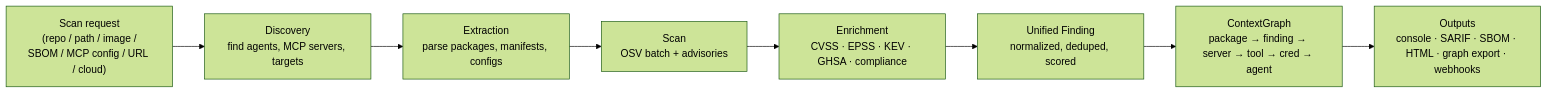
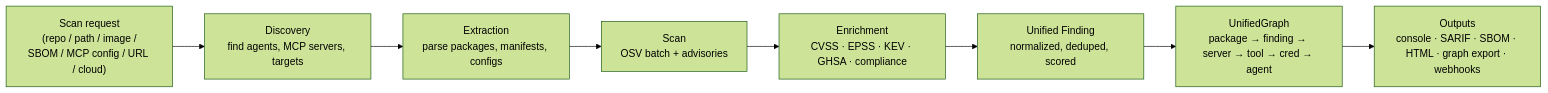
One commit to msaad00/agent-bom changed the third of 8 diagrams in docs/ARCHITECTURE.md. Above: the diagram before and after it, drawn with Mermaid (forest theme). The commit also changed other lines of this file and 37 other files, not shown here.

````diff
--- a/docs/ARCHITECTURE.md
+++ b/docs/ARCHITECTURE.md
@@ -142,13 +142,13 @@
 ```mermaid
 flowchart LR
     REQ["Scan request\n(repo / path / image /\nSBOM / MCP config / URL / cloud)"]
     DISC["Discovery\nfind agents, MCP servers, targets"]
     EXT["Extraction\nparse packages, manifests, configs"]
     SCAN["Scan\nOSV batch + advisories"]
     ENR["Enrichment\nCVSS · EPSS · KEV · GHSA · compliance"]
     FIND["Unified Finding\nnormalized, deduped, scored"]
-    GRAPH["ContextGraph\npackage → finding → server → tool → cred → agent"]
+    GRAPH["UnifiedGraph\npackage → finding → server → tool → cred → agent"]
     OUT["Outputs\nconsole · SARIF · SBOM · HTML · graph export · webhooks"]
 
     REQ --> DISC --> EXT --> SCAN --> ENR --> FIND --> GRAPH --> OUT
 ```
````
